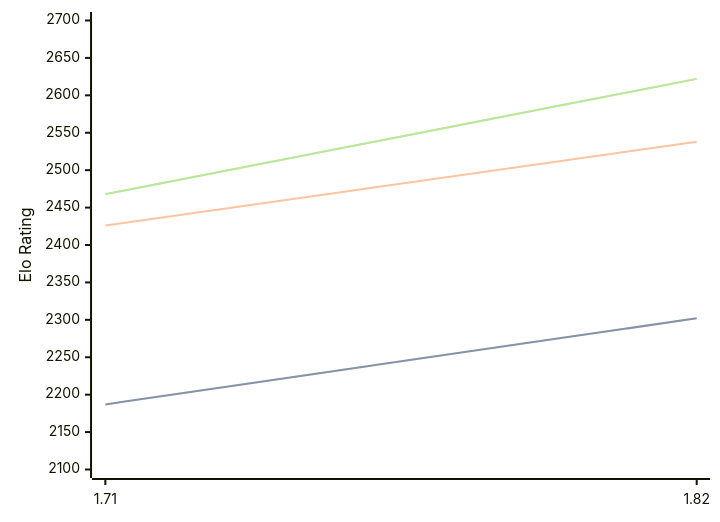
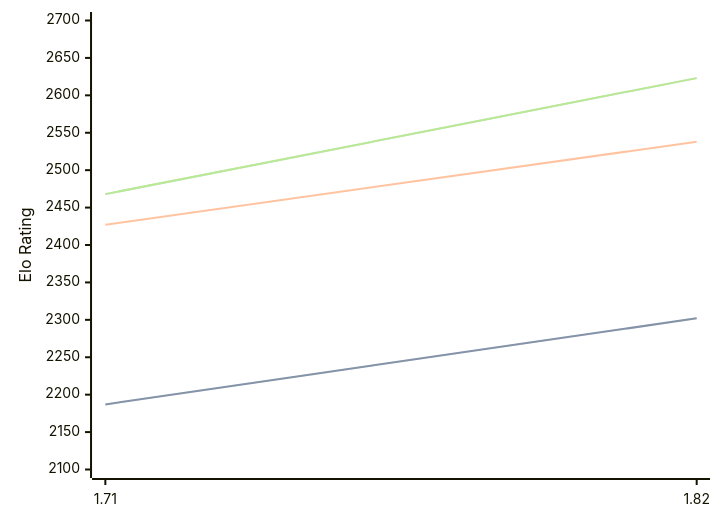
The diagram in engines/Amira.md (computer-chess-index/cci), drawn with Mermaid before and after one commit. The commit also changed other lines of this file, not shown here.

Commit message:
Update CCI Ratings (ELO VLTC) - 2026-08-29

````diff
--- a/engines/Amira.md
+++ b/engines/Amira.md
@@ -32,11 +32,11 @@
 ```mermaid
 %%{init: {"theme":"base","themeVariables":{"seriesColors:['#a3a3a3','#222221','#faa371']}}}%%
 xychart-beta
   x-axis ["1.71", "1.82"]
   y-axis "Elo Rating" 2100 --> 2700
   line "" [2187, 2302]
   line "STC (8.0+0.08s)" [2187, 2302]
-  line "LTC (60.0+0.60s)" [2426, 2538]
-  line "" [2468, 2622]
-  line "VLTC (2m24s+1.12s)" [2468, 2622]
+  line "LTC (60.0+0.60s)" [2427, 2538]
+  line "" [2468, 2623]
+  line "VLTC (2m24s+1.12s)" [2468, 2623]
 ```
````
